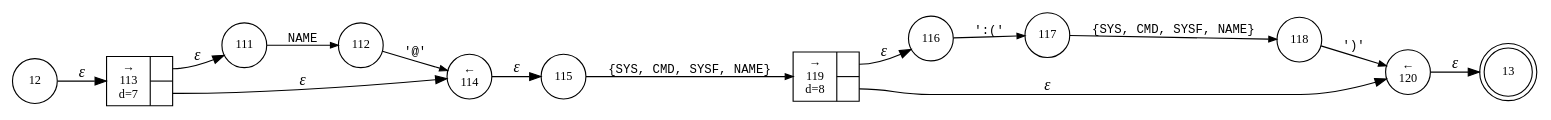
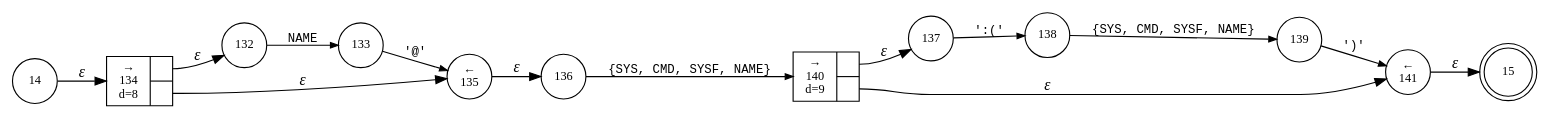
One commit to vulogov/Bund2 changed the diagram in internal/parser/Bund.call_term.dot. Above: the diagram before and after it, drawn with Graphviz. The commit also changed 74 other files, not shown here.

```diff
--- a/internal/parser/Bund.call_term.dot
+++ b/internal/parser/Bund.call_term.dot
@@ -1,28 +1,28 @@
 digraph ATN {
 rankdir=LR;
-s13[fontsize=11, label="13", shape=doublecircle, fixedsize=true, width=.6];
-s112[fontsize=11,label="112", shape=circle, fixedsize=true, width=.55, peripheries=1];
-s113[fontsize=11,label="{&rarr;\n113\nd=7|{<p0>|<p1>}}", shape=record, fixedsize=false, peripheries=1];
-s114[fontsize=11,label="&larr;\n114", shape=circle, fixedsize=true, width=.55, peripheries=1];
-s115[fontsize=11,label="115", shape=circle, fixedsize=true, width=.55, peripheries=1];
-s116[fontsize=11,label="116", shape=circle, fixedsize=true, width=.55, peripheries=1];
-s117[fontsize=11,label="117", shape=circle, fixedsize=true, width=.55, peripheries=1];
-s118[fontsize=11,label="118", shape=circle, fixedsize=true, width=.55, peripheries=1];
-s119[fontsize=11,label="{&rarr;\n119\nd=8|{<p0>|<p1>}}", shape=record, fixedsize=false, peripheries=1];
-s120[fontsize=11,label="&larr;\n120", shape=circle, fixedsize=true, width=.55, peripheries=1];
-s12[fontsize=11,label="12", shape=circle, fixedsize=true, width=.55, peripheries=1];
-s111[fontsize=11,label="111", shape=circle, fixedsize=true, width=.55, peripheries=1];
-s12 -> s113 [fontname="Times-Italic", label="&epsilon;"];
-s113:p0 -> s111 [fontname="Times-Italic", label="&epsilon;"];
-s113:p1 -> s114 [fontname="Times-Italic", label="&epsilon;"];
-s111 -> s112 [fontsize=11, fontname="Courier", arrowsize=.7, label = "NAME", arrowhead = normal];
-s114 -> s115 [fontname="Times-Italic", label="&epsilon;"];
-s112 -> s114 [fontsize=11, fontname="Courier", arrowsize=.7, label = "'@'", arrowhead = normal];
-s115 -> s119 [fontsize=11, fontname="Courier", arrowsize=.7, label = "{SYS, CMD, SYSF, NAME}", arrowhead = normal];
-s119:p0 -> s116 [fontname="Times-Italic", label="&epsilon;"];
-s119:p1 -> s120 [fontname="Times-Italic", label="&epsilon;"];
-s116 -> s117 [fontsize=11, fontname="Courier", arrowsize=.7, label = "':('", arrowhead = normal];
-s120 -> s13 [fontname="Times-Italic", label="&epsilon;"];
-s117 -> s118 [fontsize=11, fontname="Courier", arrowsize=.7, label = "{SYS, CMD, SYSF, NAME}", arrowhead = normal];
-s118 -> s120 [fontsize=11, fontname="Courier", arrowsize=.7, label = "')'", arrowhead = normal];
+s15[fontsize=11, label="15", shape=doublecircle, fixedsize=true, width=.6];
+s132[fontsize=11,label="132", shape=circle, fixedsize=true, width=.55, peripheries=1];
+s133[fontsize=11,label="133", shape=circle, fixedsize=true, width=.55, peripheries=1];
+s134[fontsize=11,label="{&rarr;\n134\nd=8|{<p0>|<p1>}}", shape=record, fixedsize=false, peripheries=1];
+s135[fontsize=11,label="&larr;\n135", shape=circle, fixedsize=true, width=.55, peripheries=1];
+s136[fontsize=11,label="136", shape=circle, fixedsize=true, width=.55, peripheries=1];
+s137[fontsize=11,label="137", shape=circle, fixedsize=true, width=.55, peripheries=1];
+s138[fontsize=11,label="138", shape=circle, fixedsize=true, width=.55, peripheries=1];
+s139[fontsize=11,label="139", shape=circle, fixedsize=true, width=.55, peripheries=1];
+s140[fontsize=11,label="{&rarr;\n140\nd=9|{<p0>|<p1>}}", shape=record, fixedsize=false, peripheries=1];
+s141[fontsize=11,label="&larr;\n141", shape=circle, fixedsize=true, width=.55, peripheries=1];
+s14[fontsize=11,label="14", shape=circle, fixedsize=true, width=.55, peripheries=1];
+s14 -> s134 [fontname="Times-Italic", label="&epsilon;"];
+s134:p0 -> s132 [fontname="Times-Italic", label="&epsilon;"];
+s134:p1 -> s135 [fontname="Times-Italic", label="&epsilon;"];
+s132 -> s133 [fontsize=11, fontname="Courier", arrowsize=.7, label = "NAME", arrowhead = normal];
+s135 -> s136 [fontname="Times-Italic", label="&epsilon;"];
+s133 -> s135 [fontsize=11, fontname="Courier", arrowsize=.7, label = "'@'", arrowhead = normal];
+s136 -> s140 [fontsize=11, fontname="Courier", arrowsize=.7, label = "{SYS, CMD, SYSF, NAME}", arrowhead = normal];
+s140:p0 -> s137 [fontname="Times-Italic", label="&epsilon;"];
+s140:p1 -> s141 [fontname="Times-Italic", label="&epsilon;"];
+s137 -> s138 [fontsize=11, fontname="Courier", arrowsize=.7, label = "':('", arrowhead = normal];
+s141 -> s15 [fontname="Times-Italic", label="&epsilon;"];
+s138 -> s139 [fontsize=11, fontname="Courier", arrowsize=.7, label = "{SYS, CMD, SYSF, NAME}", arrowhead = normal];
+s139 -> s141 [fontsize=11, fontname="Courier", arrowsize=.7, label = "')'", arrowhead = normal];
 }
```
